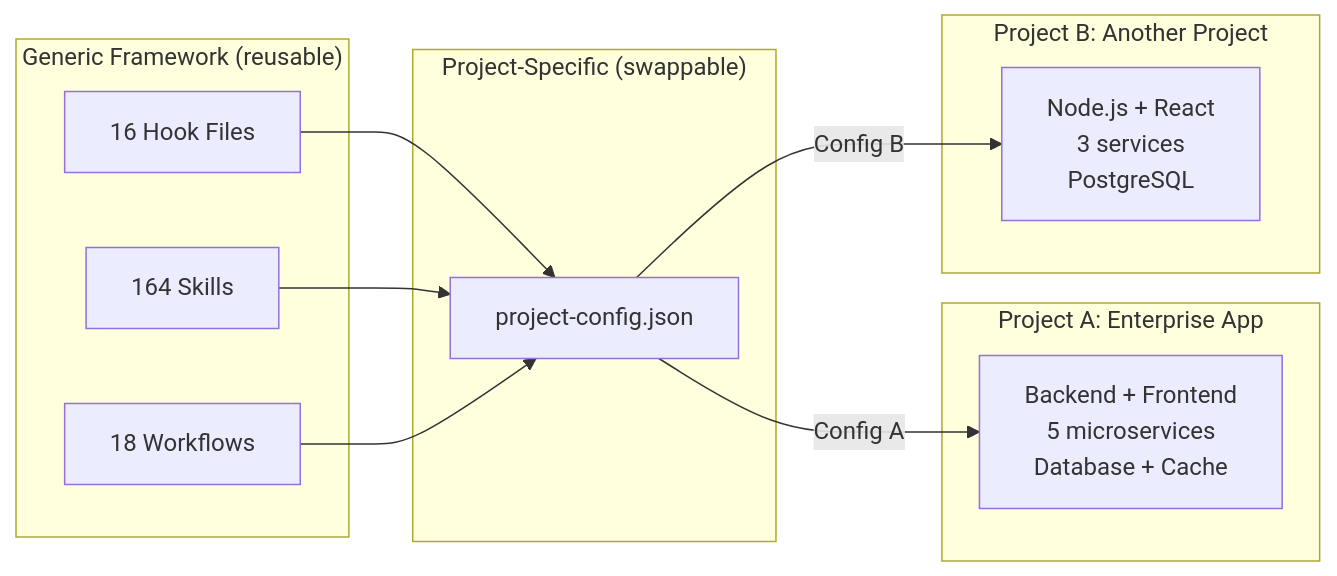
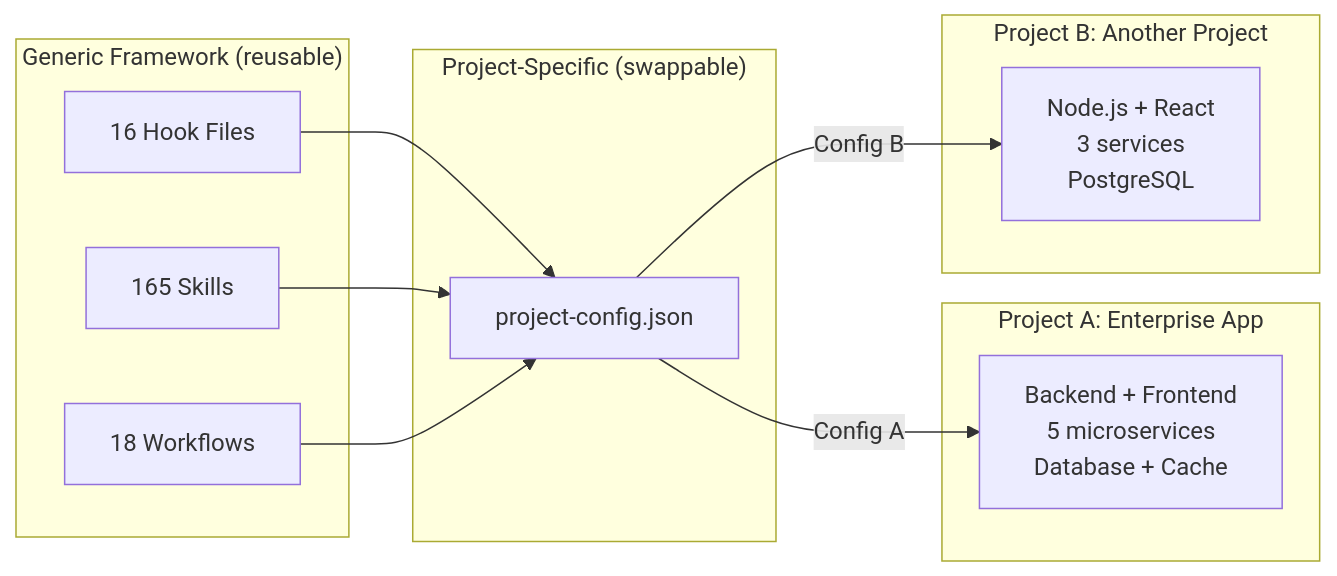
Before and after one commit to duc01226/easy-claude: the eighth of 20 diagrams in .claude/docs/claude-ai-agent-framework-guide.md, drawn with Mermaid. The commit also changed other lines of this file and 354 other files, not shown here.

````diff
--- a/.claude/docs/claude-ai-agent-framework-guide.md
+++ b/.claude/docs/claude-ai-agent-framework-guide.md
@@ -879,24 +879,24 @@
 ```mermaid
 graph LR
     subgraph "Generic Framework (reusable)"
         H[16 Hook Files]
-        S[164 Skills]
+        S[165 Skills]
         W[18 Workflows]
     end
 
     subgraph "Project-Specific (swappable)"
         PC[project-config.json]
     end
 
     subgraph "Project A: Enterprise App"
         PA[Backend + Frontend<br/>5 microservices<br/>Database + Cache]
     end
 
     subgraph "Project B: Another Project"
         PB[Node.js + React<br/>3 services<br/>PostgreSQL]
     end
 
     H & S & W --> PC
     PC -->|Config A| PA
     PC -->|Config B| PB
 ```
````
